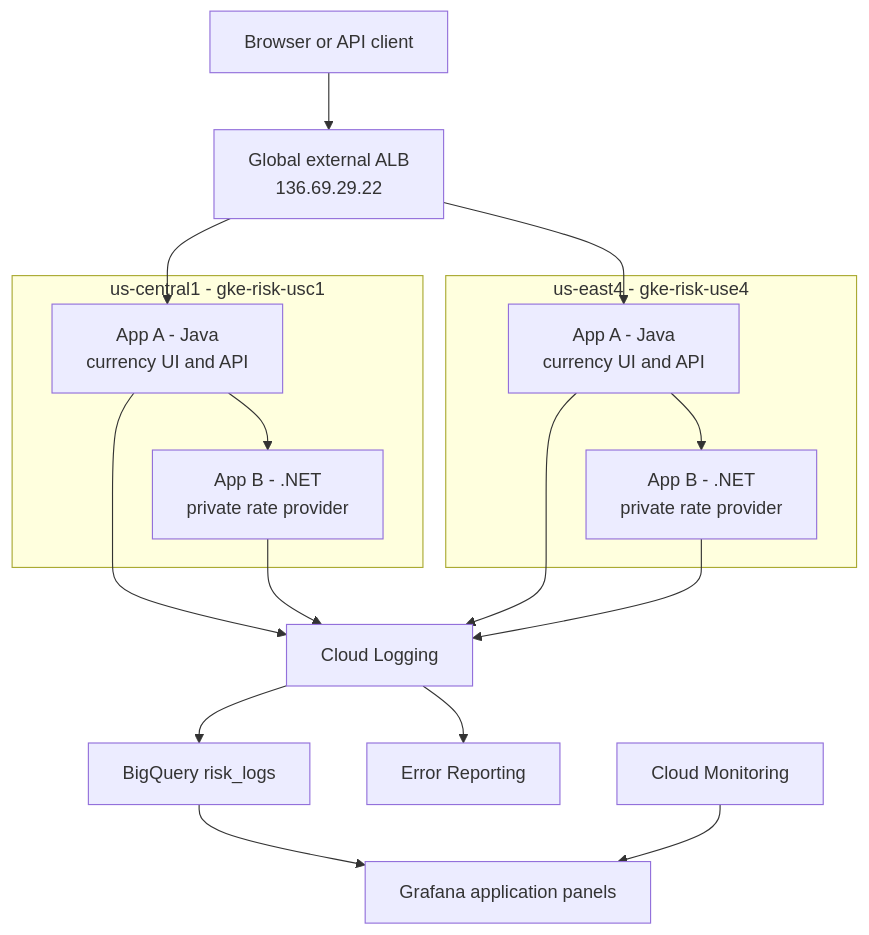
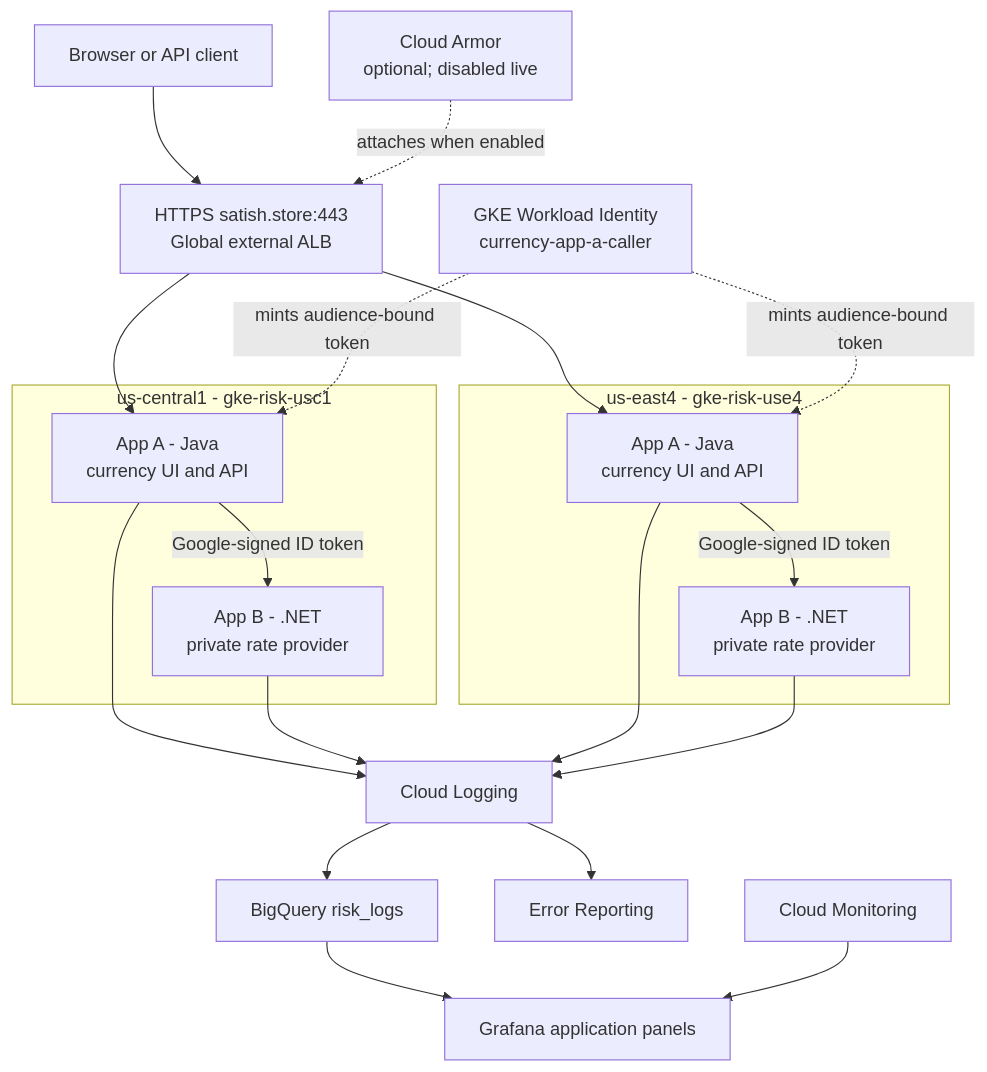
The diagram in docs/ARCHITECTURE.md (satish34/Schwab_Assessment), drawn with Mermaid before and after one commit. The commit also changed other lines of this file and 11 other files, not shown here.

````diff
--- a/docs/ARCHITECTURE.md
+++ b/docs/ARCHITECTURE.md
@@ -31,23 +31,27 @@
 ```mermaid
 flowchart TB
-  Client["Browser or API client"] --> ALB["Global external ALB<br/>136.69.29.22"]
+  Client["Browser or API client"] --> ALB["HTTPS satish.store:443<br/>Global external ALB"]
+  Armor["Cloud Armor<br/>optional; disabled live"] -.->|attaches when enabled| ALB
+  Identity["GKE Workload Identity<br/>currency-app-a-caller"]
 
   subgraph USC1["us-central1 - gke-risk-usc1"]
-    A1["App A - Java<br/>currency UI and API"] --> B1["App B - .NET<br/>private rate provider"]
+    A1["App A - Java<br/>currency UI and API"] -->|Google-signed ID token| B1["App B - .NET<br/>private rate provider"]
   end
 
   subgraph USE4["us-east4 - gke-risk-use4"]
-    A2["App A - Java<br/>currency UI and API"] --> B2["App B - .NET<br/>private rate provider"]
+    A2["App A - Java<br/>currency UI and API"] -->|Google-signed ID token| B2["App B - .NET<br/>private rate provider"]
   end
 
   ALB --> A1
   ALB --> A2
+  Identity -.->|mints audience-bound token| A1
+  Identity -.->|mints audience-bound token| A2
   A1 --> Logs["Cloud Logging"]
   B1 --> Logs
   A2 --> Logs
   B2 --> Logs
   Logs --> BQ["BigQuery risk_logs"]
   Logs --> Errors["Error Reporting"]
   BQ --> Grafana["Grafana application panels"]
   Monitoring["Cloud Monitoring"] --> Grafana
 ```
````
